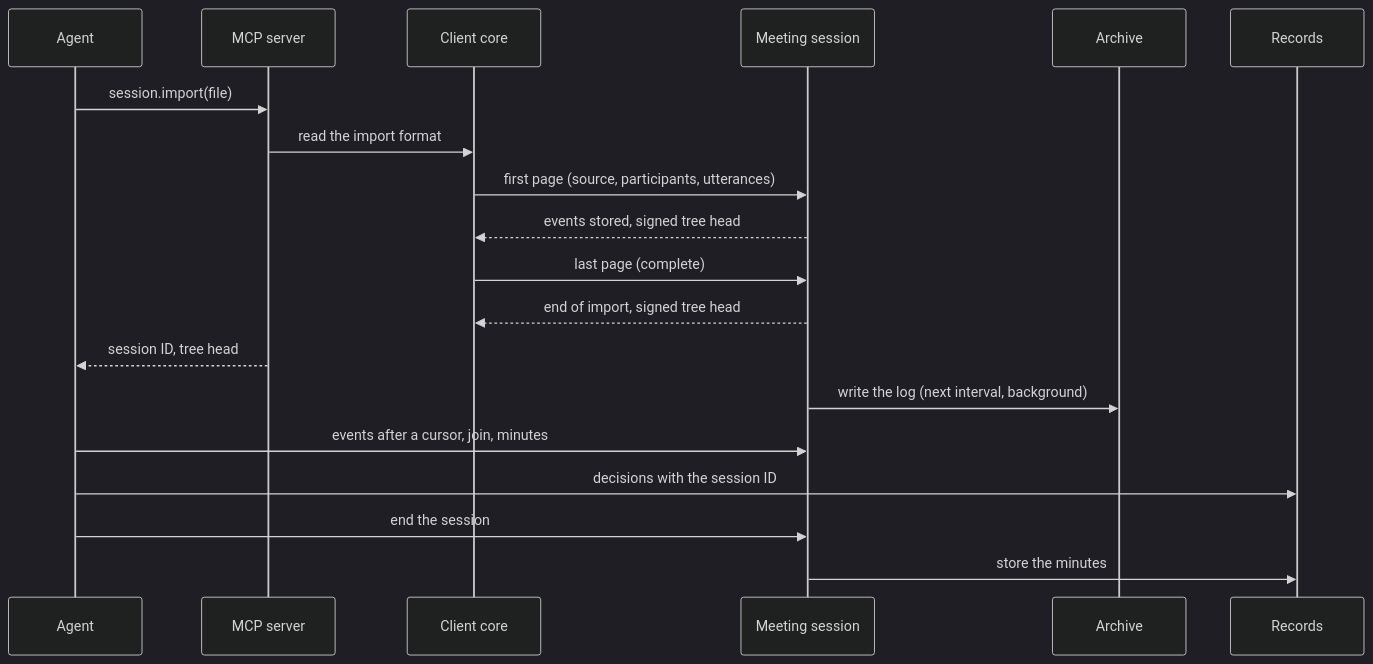
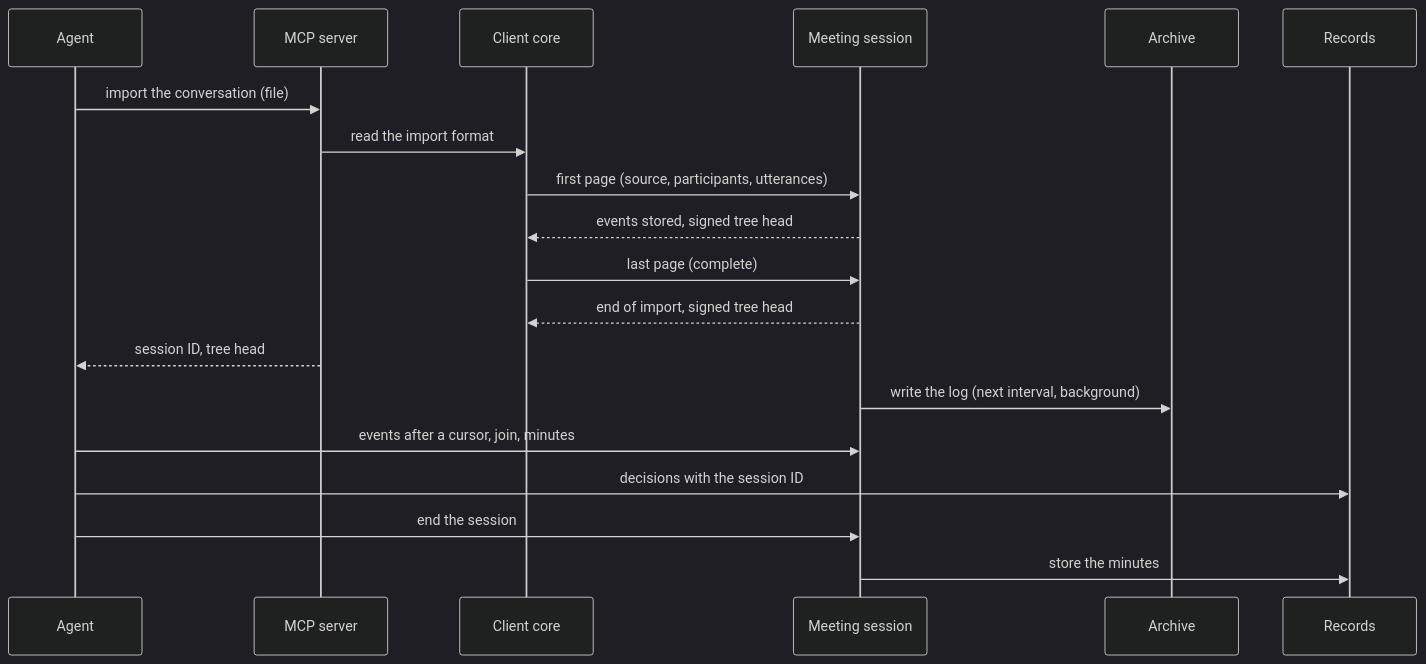
Diagram 23 of 24 in docs/architecture/06-runtime-view.arc42.md (mrsimpson/agentic-office), drawn with Mermaid (dark theme) before and after one commit. The commit also changed other lines of this file and 9 other files, not shown here.

First line of the commit message:
docs(architecture): state each fact once, in its owner element (#285)

````diff
--- a/docs/architecture/06-runtime-view.arc42.md
+++ b/docs/architecture/06-runtime-view.arc42.md
@@ -958,21 +1102,21 @@
 ```mermaid
 sequenceDiagram
     participant actor_agent as Agent
     participant bb_mcp as MCP server
     participant bb_client_core as Client core
     participant bb_session as Meeting session
     participant bb_archive as Archive
     participant bb_records as Records
-    actor_agent->>bb_mcp: session.import(file)
+    actor_agent->>bb_mcp: import the conversation (file)
     bb_mcp->>bb_client_core: read the import format
     bb_client_core->>bb_session: first page (source, participants, utterances)
     bb_session-->>bb_client_core: events stored, signed tree head
     bb_client_core->>bb_session: last page (complete)
     bb_session-->>bb_client_core: end of import, signed tree head
     bb_mcp-->>actor_agent: session ID, tree head
     bb_session->>bb_archive: write the log (next interval, background)
     actor_agent->>bb_session: events after a cursor, join, minutes
     actor_agent->>bb_records: decisions with the session ID
     actor_agent->>bb_session: end the session
     bb_session->>bb_records: store the minutes
 ```
````
